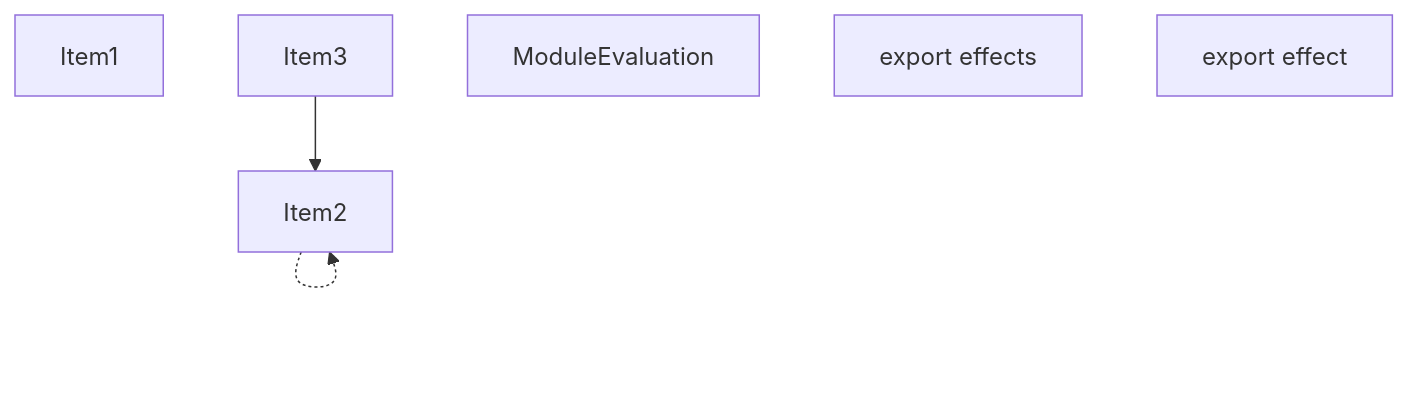
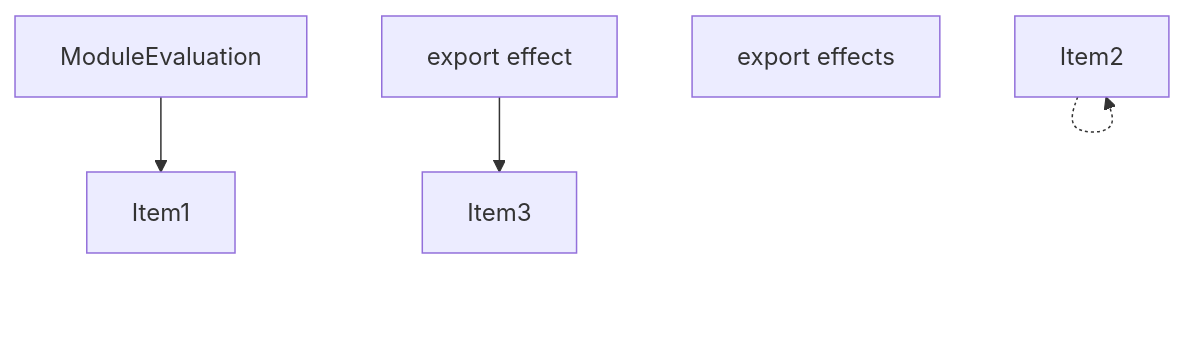
Before and after one commit to vercel/turborepo: the fourth of 5 diagrams in crates/turbopack-ecmascript/tests/tree-shaker/analyzer/tla-1/output.md, drawn with Mermaid. The commit also changed other lines of this file and 20 other files, not shown here.

````diff
--- a/crates/turbopack-ecmascript/tests/tree-shaker/analyzer/tla-1/output.md
+++ b/crates/turbopack-ecmascript/tests/tree-shaker/analyzer/tla-1/output.md
@@ -67,14 +81,15 @@
 ```mermaid
 graph TD
     Item1;
     Item2;
     Item3;
     Item4;
     Item4["ModuleEvaluation"];
     Item5;
     Item5["export effects"];
     Item6;
     Item6["export effect"];
     Item2 -.-> Item2;
-    Item3 --> Item2;
+    Item4 --> Item1;
+    Item6 --> Item3;
 ```
````
